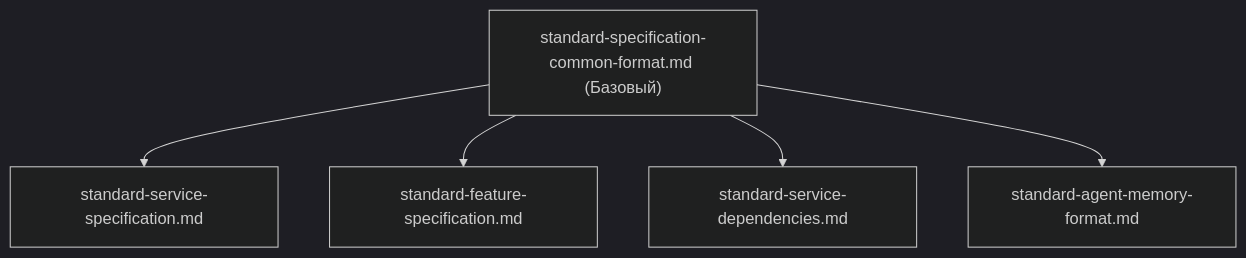
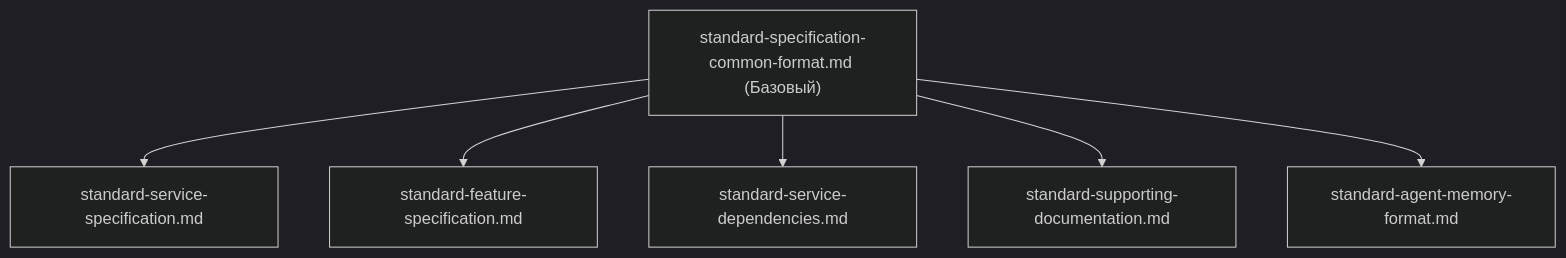
The diagram in .data/workplace-init-bundle/standards/INDEX.md (pihanya/workplace-scaffold), drawn with Mermaid (dark theme) before and after one commit. The commit also changed other lines of this file and 5 other files, not shown here.

Commit message:
feat: add standard supporting documentation and update related references in README and standards

````diff
--- a/.data/workplace-init-bundle/standards/INDEX.md
+++ b/.data/workplace-init-bundle/standards/INDEX.md
@@ -34,8 +37,9 @@
 ```mermaid
 flowchart TD
     Common["standard-specification-common-format.md (Базовый)"]
     Common --> ServiceSpec["standard-service-specification.md"]
     Common --> FeatureSpec["standard-feature-specification.md"]
     Common --> DepsSpec["standard-service-dependencies.md"]
+    Common --> SupportingDocs["standard-supporting-documentation.md"]
     Common --> AgentMemory["standard-agent-memory-format.md"]
 ```
````
